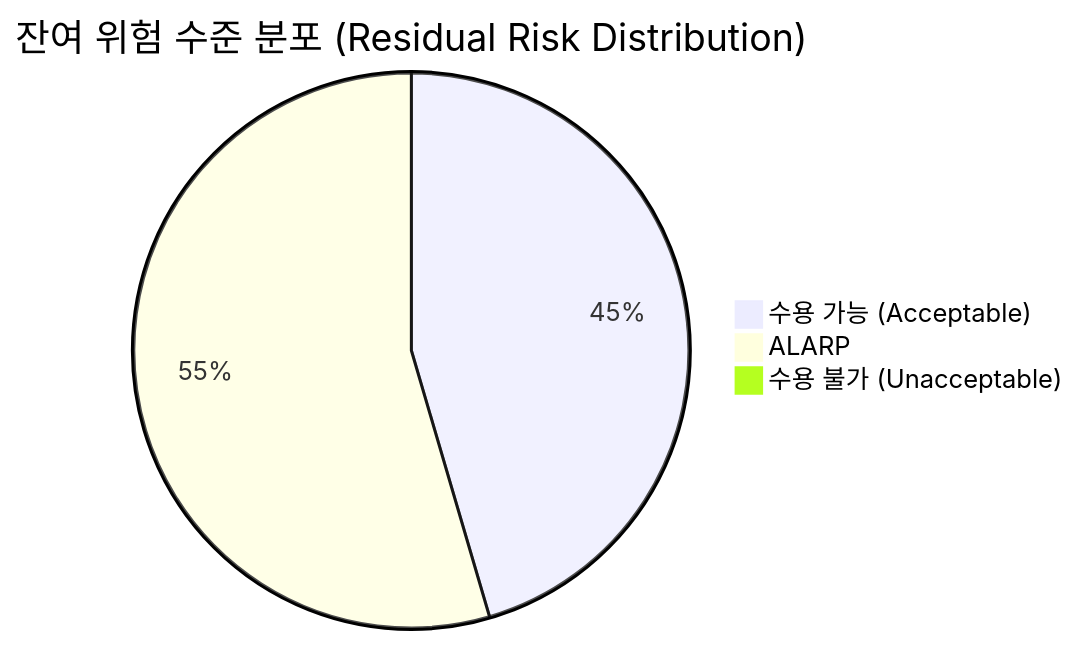
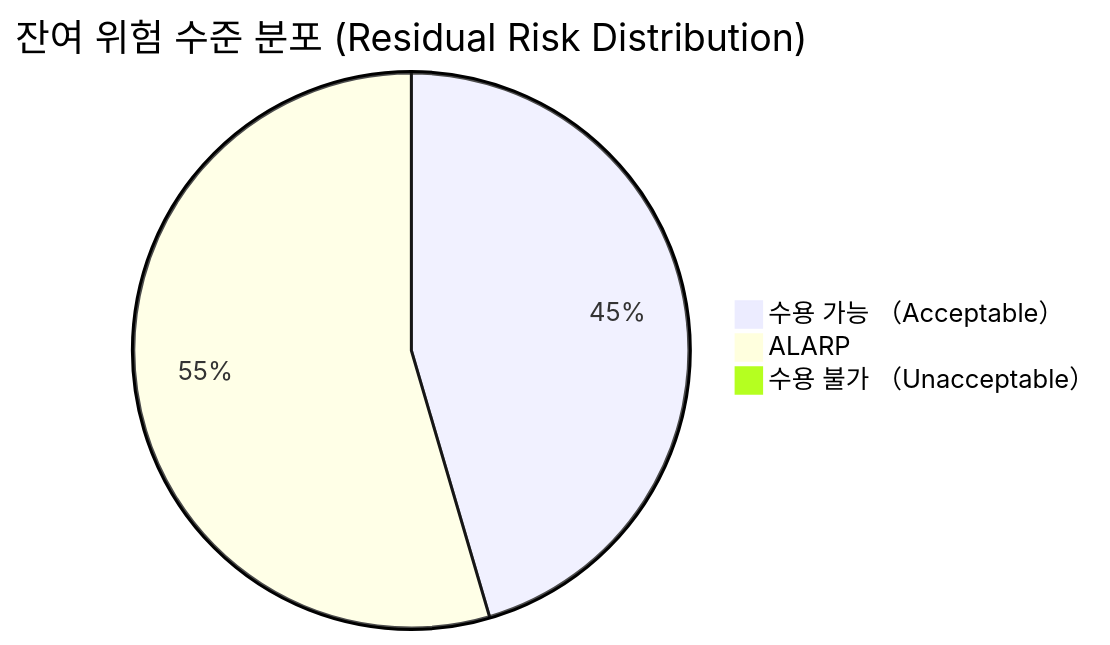
Before and after one commit to holee9/console-gui: the sixth of 11 diagrams in docs/risk/DOC-008_Risk_Management_Plan_v1.0.md, drawn with Mermaid. The commit also changed other lines of this file and 19 other files, not shown here.

First line of the commit message:
fix: quadrantChart/pie/timeline 등 비flowchart 차트 파싱 오류 전면 수정

````diff
--- a/docs/risk/DOC-008_Risk_Management_Plan_v1.0.md
+++ b/docs/risk/DOC-008_Risk_Management_Plan_v1.0.md
@@ -536,6 +536,6 @@
 ```mermaid
 pie title 잔여 위험 수준 분포 (Residual Risk Distribution)
-    "수용 가능 (Acceptable)" : 10
+    "수용 가능 （Acceptable）" : 10
     "ALARP" : 12
-    "수용 불가 (Unacceptable)" : 0
+    "수용 불가 （Unacceptable）" : 0
 ```
````
